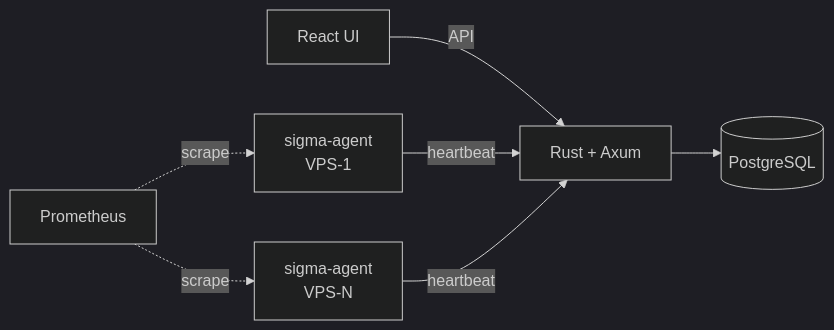
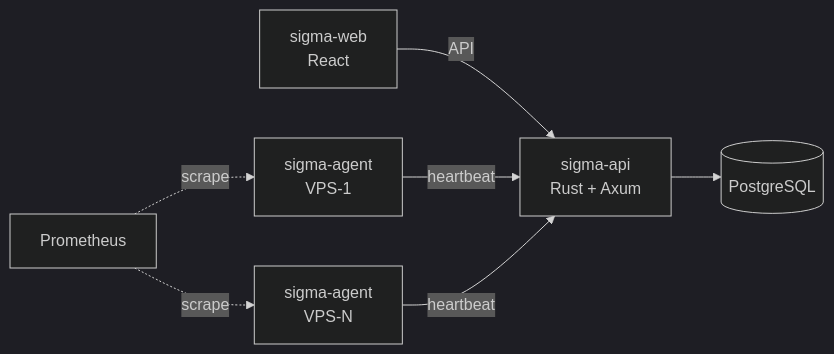
The second of 4 diagrams in README.md (lai3d/lai3d), drawn with Mermaid (dark theme) before and after one commit.

Commit message:
Sigma diagram: use sigma-web/sigma-api component names

````diff
--- a/README.md
+++ b/README.md
@@ -40,9 +40,9 @@
 ```mermaid
 graph LR
-    Web[React UI] -->|API| Server[Rust + Axum]
+    Web[sigma-web<br/>React] -->|API| Server[sigma-api<br/>Rust + Axum]
     Server --> PG[(PostgreSQL)]
     Agent1[sigma-agent<br/>VPS-1] -->|heartbeat| Server
     Agent2[sigma-agent<br/>VPS-N] -->|heartbeat| Server
     Prom[Prometheus] -.->|scrape| Agent1
     Prom -.->|scrape| Agent2
 ```
````
